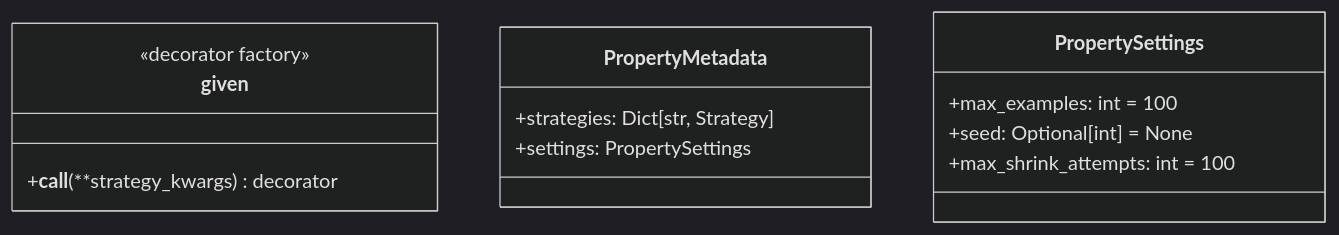
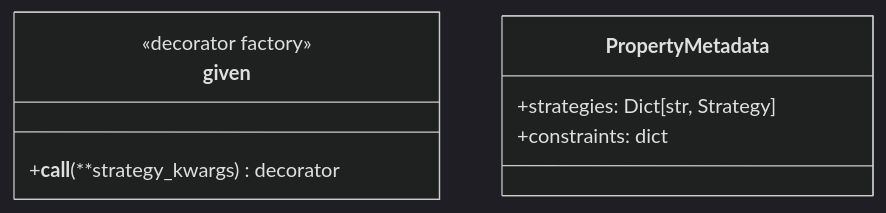
One commit to code-craft-ai-company/codecraftai-testbase changed the second of 10 diagrams in specs/property-testing/design.md. Above: the diagram before and after it, drawn with Mermaid (dark theme). The commit also changed other lines of this file and 15 other files, not shown here.

````diff
--- a/specs/property-testing/design.md
+++ b/specs/property-testing/design.md
@@ -80,18 +78,12 @@
 ```mermaid
 classDiagram
     class given {
         <<decorator factory>>
         +__call__(**strategy_kwargs) decorator
     }
 
     class PropertyMetadata {
         +strategies: Dict[str, Strategy]
-        +settings: PropertySettings
-    }
-
-    class PropertySettings {
-        +max_examples: int = 100
-        +seed: Optional[int] = None
-        +max_shrink_attempts: int = 100
+        +constraints: dict
     }
 ```
````
